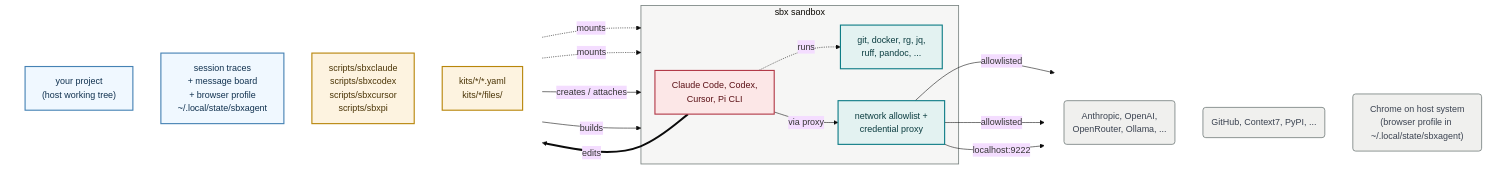
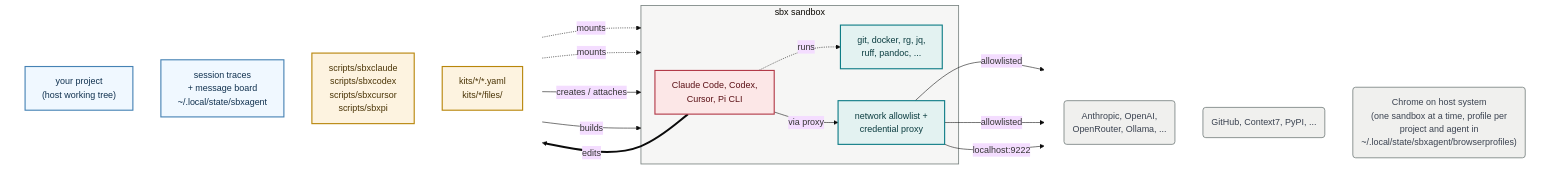
The diagram in README.md (lars20070/sbxagent), drawn with Mermaid (base theme) before and after one commit. The commit also changed other lines of this file and 11 other files, not shown here.

Commit message:
Give each project and agent its own Chrome profile, one host-Chrome sandbox at a time

````diff
--- a/README.md
+++ b/README.md
@@ -14,51 +14,51 @@
 ```mermaid
 ---
 config:
   layout: dagre
 ---
 flowchart LR
   subgraph IN[" "]
     direction TB
     PROJ["your project<br/>(host working tree)"]
-    STATE["session traces<br/>+ message board<br/>+ browser profile<br/>~/.local/state/sbxagent"]
+    STATE["session traces<br/>+ message board<br/>~/.local/state/sbxagent"]
     DRV["scripts/sbxclaude<br/>scripts/sbxcodex<br/>scripts/sbxcursor<br/>scripts/sbxpi"]
     KIT["kits/*/*.yaml<br/>kits/*/files/"]
   end
 
   subgraph VM["sbx sandbox"]
     AGENT["Claude Code, Codex,<br/>Cursor, Pi CLI"]
     TOOLS["git, docker, rg, jq,<br/>ruff, pandoc, ..."]
     PROXY["network allowlist +<br/>credential proxy"]
   end
 
   subgraph NET[" "]
     direction TB
     LLM("Anthropic, OpenAI, <br/>OpenRouter, Ollama, ...")
     GH("GitHub, Context7, PyPI, ...")
-    CHROME("Chrome on host system<br/>(browser profile in ~/.local/state/sbxagent)")
+    CHROME("Chrome on host system<br/>(one sandbox at a time, profile per<br/>project and agent in<br/>~/.local/state/sbxagent/browserprofiles)")
   end
 
   PROJ -.->|"mounts"| VM
   STATE -.->|"mounts"| VM
   DRV -->|"creates / attaches"| VM
   KIT -->|"builds"| VM
   AGENT -.->|"runs"| TOOLS
   AGENT -->|"via proxy"| PROXY
   PROXY -->|"allowlisted"| LLM & GH
   PROXY -->|"localhost:9222"| CHROME
   AGENT ==>|"edits"| PROJ
 
   classDef data    fill:aliceblue,stroke:steelblue,stroke-width:2px,color:#10314F
   classDef host    fill:#FDF3E0,stroke:#B8860B,stroke-width:2px,color:#4A3405
   classDef helper  fill:#E3F2F1,stroke:#0E7C86,stroke-width:2px,color:#0B3D40
   classDef agent   fill:#FCE7E7,stroke:#B23A48,stroke-width:2px,color:#5A1015
   classDef ext     fill:#F0F0EE,stroke:#7A8482,stroke-width:1.5px,color:#3A4250
   class PROJ,STATE data
   class KIT,DRV host
   class TOOLS,PROXY helper
   class AGENT agent
   class GH,LLM,CHROME ext
   style VM fill:#F6F6F5,stroke:#7A8482,stroke-width:1.5px
   style IN fill:none,stroke:none
   style NET fill:none,stroke:none
 ```
````
